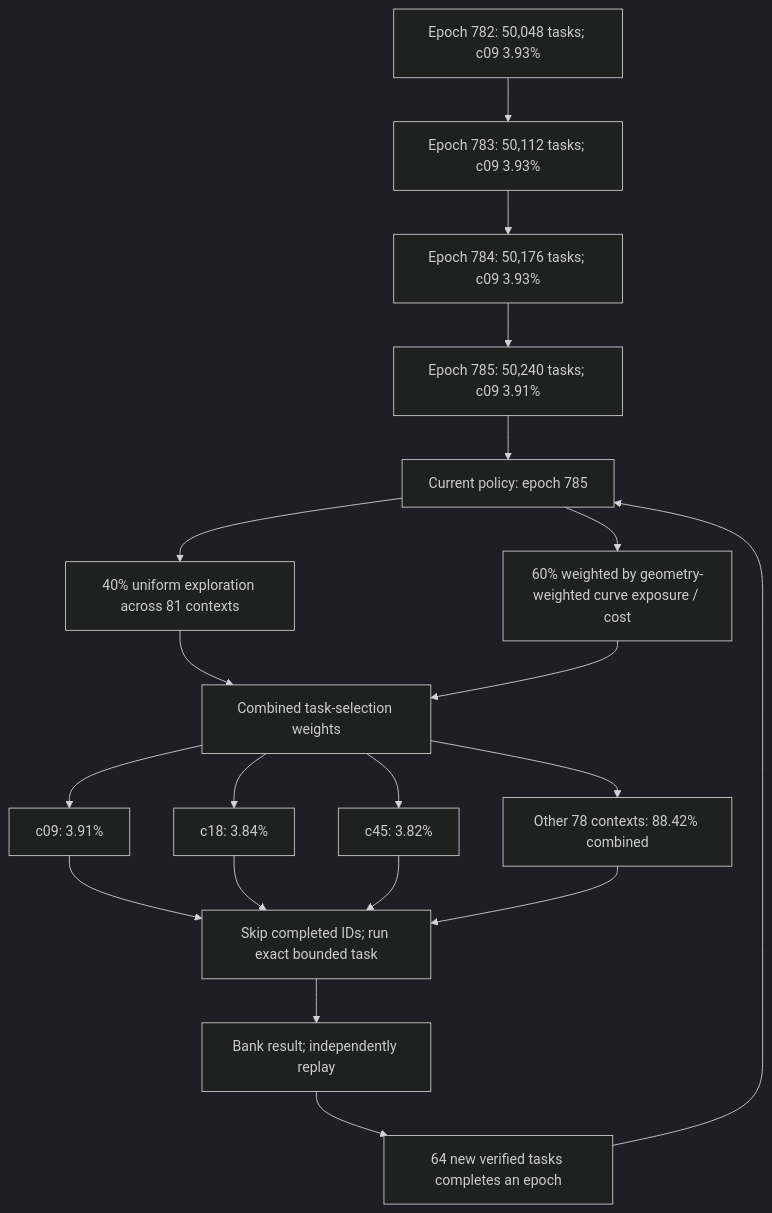
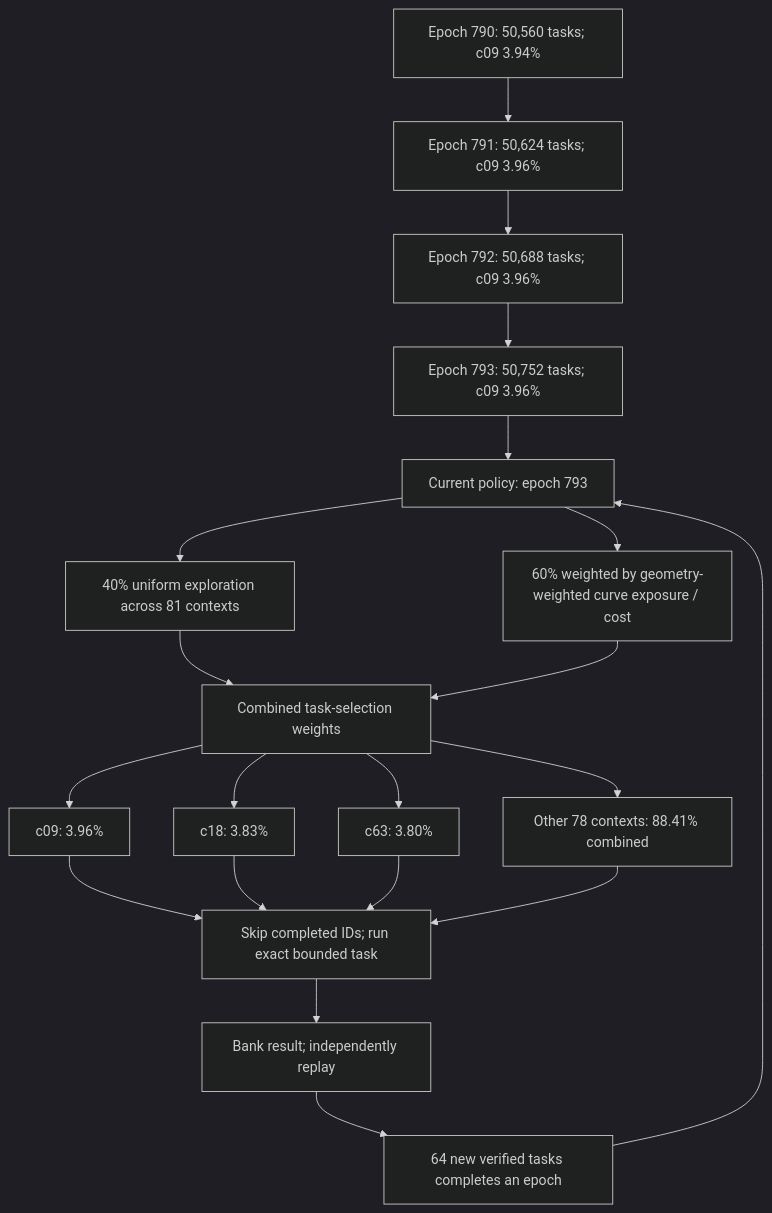
Before and after one commit to Kuberwastaken/math-gambling: the first of 3 diagrams in README.md, drawn with Mermaid (dark theme). The commit also changed other lines of this file and 1137 other files, not shown here.

````diff
--- a/README.md
+++ b/README.md
@@ -55,27 +55,27 @@
 ```mermaid
 flowchart TD
-    H0["Epoch 782: 50,048 tasks; c09 3.93%"]
-    H1["Epoch 783: 50,112 tasks; c09 3.93%"]
+    H0["Epoch 790: 50,560 tasks; c09 3.94%"]
+    H1["Epoch 791: 50,624 tasks; c09 3.96%"]
     H0 --> H1
-    H2["Epoch 784: 50,176 tasks; c09 3.93%"]
+    H2["Epoch 792: 50,688 tasks; c09 3.96%"]
     H1 --> H2
-    H3["Epoch 785: 50,240 tasks; c09 3.91%"]
+    H3["Epoch 793: 50,752 tasks; c09 3.96%"]
     H2 --> H3
-    Policy["Current policy: epoch 785"]
+    Policy["Current policy: epoch 793"]
     H3 --> Policy
     Policy --> Explore["40% uniform exploration across 81 contexts"]
     Policy --> Cost["60% weighted by geometry-weighted curve exposure / cost"]
     Explore --> Mix["Combined task-selection weights"]
     Cost --> Mix
-    Mix --> C0["c09: 3.91%"]
-    Mix --> C1["c18: 3.84%"]
-    Mix --> C2["c45: 3.82%"]
-    Mix --> Rest["Other 78 contexts: 88.42% combined"]
+    Mix --> C0["c09: 3.96%"]
+    Mix --> C1["c18: 3.83%"]
+    Mix --> C2["c63: 3.80%"]
+    Mix --> Rest["Other 78 contexts: 88.41% combined"]
     C0 --> Check["Skip completed IDs; run exact bounded task"]
     C1 --> Check
     C2 --> Check
     Rest --> Check
     Check --> Replay["Bank result; independently replay"]
     Replay --> Gate["64 new verified tasks completes an epoch"]
     Gate --> Policy
 ```
````
